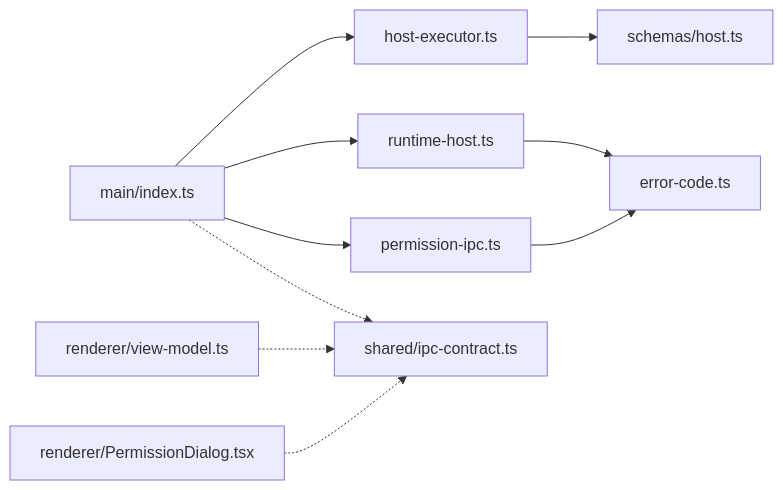
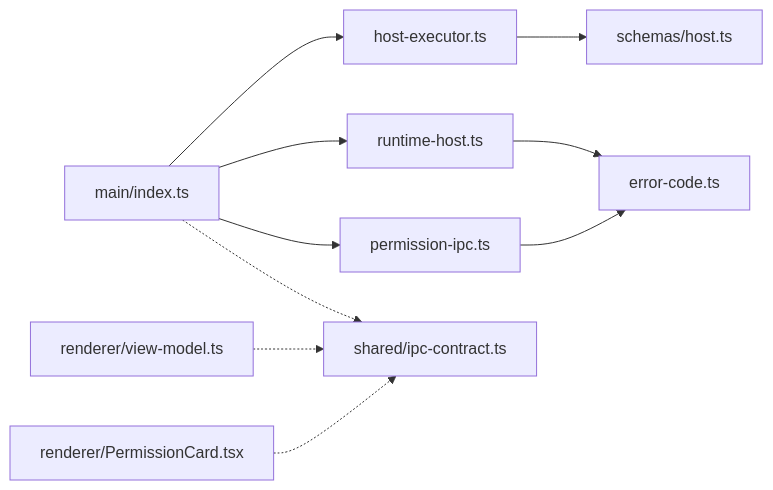
The seventh of 7 diagrams in .repowiki/zh/content/架构设计/通信协议设计/IPC 通信协议.md (Azusa010/personal-agent), drawn with Mermaid before and after one commit. The commit also changed other lines of this file and 88 other files, not shown here.

````diff
--- a/.repowiki/zh/content/架构设计/通信协议设计/IPC 通信协议.md
+++ b/.repowiki/zh/content/架构设计/通信协议设计/IPC 通信协议.md
@@ -281,12 +281,12 @@
 ```mermaid
 graph LR
 MI["main/index.ts"] --> HE["host-executor.ts"]
 MI --> RH["runtime-host.ts"]
 MI --> PI["permission-ipc.ts"]
 HE --> SC["schemas/host.ts"]
 RH --> EC["error-code.ts"]
 PI --> EC
 MI -.-> CT["shared/ipc-contract.ts"]
 RVM["renderer/view-model.ts"] -.-> CT
-PD["renderer/PermissionDialog.tsx"] -.-> CT
+PD["renderer/PermissionCard.tsx"] -.-> CT
 ```
````
